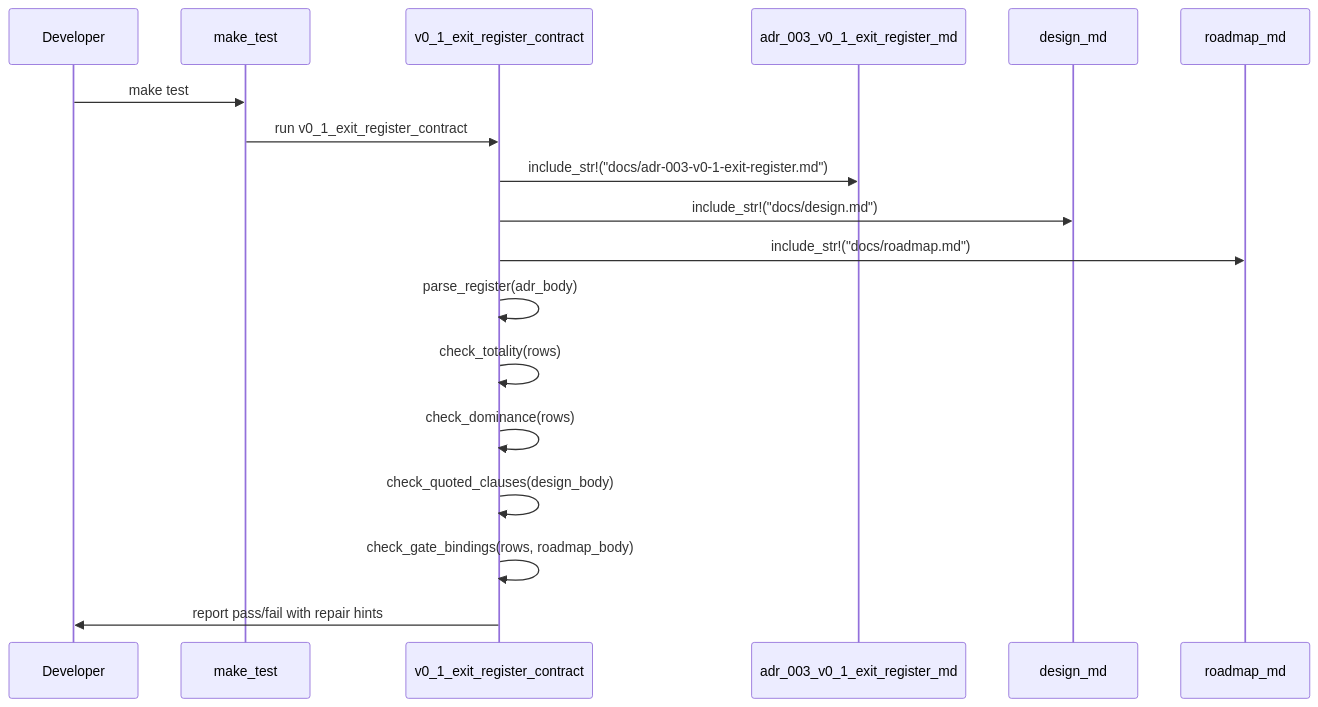
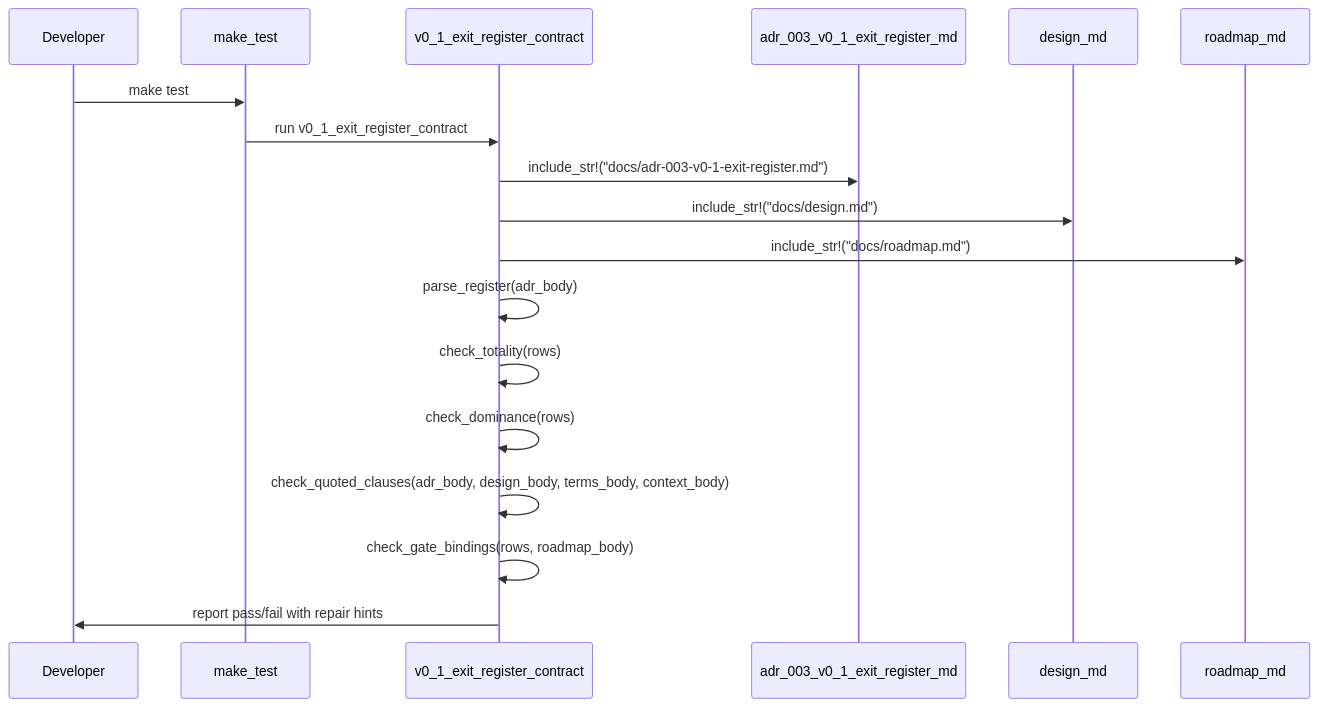
Before and after one commit to leynos/statelet: the diagram in docs/design.md, drawn with Mermaid. The commit also changed 2 other files, not shown here.

Commit message:
Synchronize exit-register documentation
Keep ADR metadata, the contract diagram, and the completed ExecPlan
consistent with the current documented and tested interface.

````diff
--- a/docs/design.md
+++ b/docs/design.md
@@ -426,21 +426,21 @@
 ```mermaid
 sequenceDiagram
     participant Dev as Developer
     participant Make as make_test
     participant Test as v0_1_exit_register_contract
     participant ADR as adr_003_v0_1_exit_register_md
     participant Design as design_md
     participant Roadmap as roadmap_md
 
     Dev->>Make: make test
     Make->>Test: run v0_1_exit_register_contract
     Test->>ADR: include_str!("docs/adr-003-v0-1-exit-register.md")
     Test->>Design: include_str!("docs/design.md")
     Test->>Roadmap: include_str!("docs/roadmap.md")
     Test->>Test: parse_register(adr_body)
     Test->>Test: check_totality(rows)
     Test->>Test: check_dominance(rows)
-    Test->>Test: check_quoted_clauses(design_body)
+    Test->>Test: check_quoted_clauses(adr_body, design_body, terms_body, context_body)
     Test->>Test: check_gate_bindings(rows, roadmap_body)
     Test->>Dev: report pass/fail with repair hints
 ```
````
